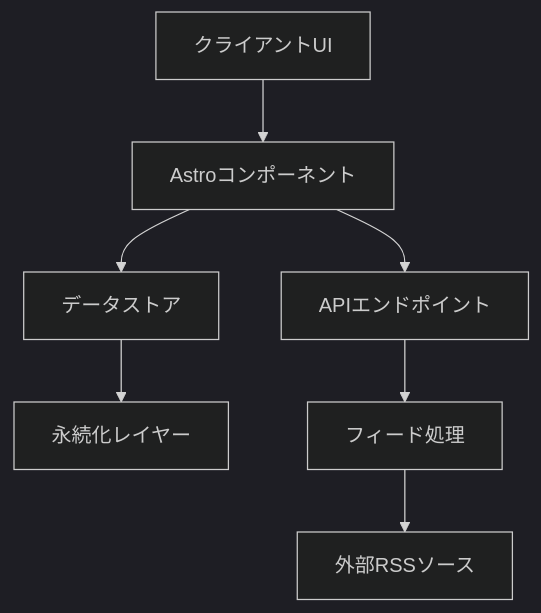
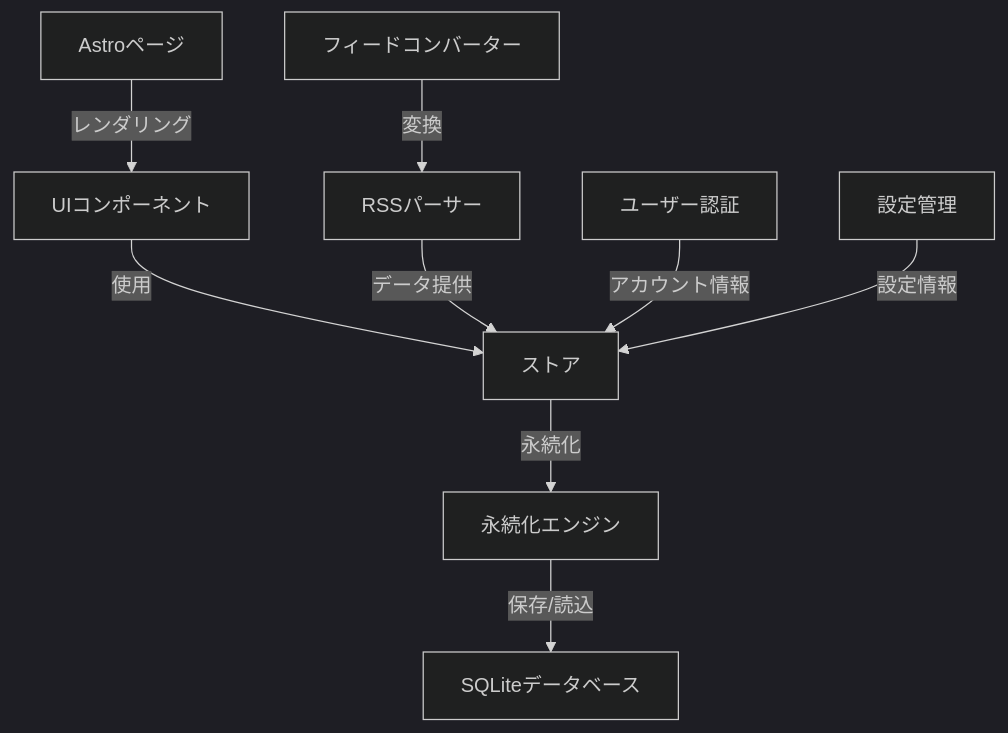
The first of 3 diagrams in .cline/memory/systemPatterns.md (char5742/astro-rss-reader), drawn with Mermaid (dark theme) before and after one commit. The commit also changed other lines of this file and 5 other files, not shown here.

````diff
--- a/.cline/memory/systemPatterns.md
+++ b/.cline/memory/systemPatterns.md
@@ -7,9 +7,13 @@
 ```mermaid
 graph TD
-    A[クライアントUI] --> B[Astroコンポーネント]
-    B --> C[データストア]
-    C --> D[永続化レイヤー]
-    B --> E[APIエンドポイント]
-    E --> F[フィード処理]
-    F --> G[外部RSSソース]
+    A[UIコンポーネント] -->|使用| B[ストア]
+    B -->|永続化| C[永続化エンジン]
+    C -->|保存/読込| D[SQLiteデータベース]
+    
+    E[Astroページ] -->|レンダリング| A
+    F[RSSパーサー] -->|データ提供| B
+    G[フィードコンバーター] -->|変換| F
+    
+    H[ユーザー認証] -->|アカウント情報| B
+    I[設定管理] -->|設定情報| B
 ```
````
